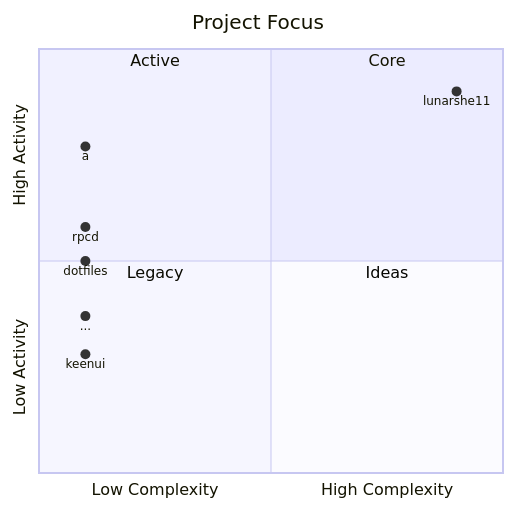
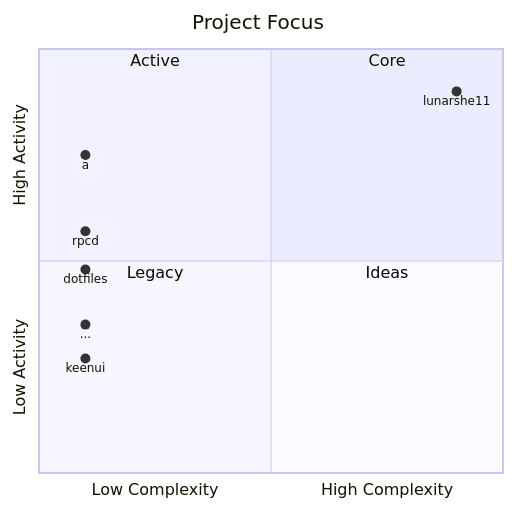
The first of 3 diagrams in README.md (lunarshe11/lunarshe11), drawn with Mermaid before and after one commit. The commit also changed other lines of this file, not shown here.

Commit message:
auto: update log activity 2026-11-04 10:05:08

````diff
--- a/README.md
+++ b/README.md
@@ -13,16 +13,16 @@
 ```mermaid
 quadrantChart
     title Project Focus
     x-axis Low Complexity --> High Complexity
     y-axis Low Activity --> High Activity
     quadrant-1 Core
     quadrant-2 Active
     quadrant-3 Legacy
     quadrant-4 Ideas
     lunarshe11: [0.9, 0.9]
-    a: [0.1, 0.77]
-    rpcd: [0.1, 0.58]
-    dotfiles: [0.1, 0.5]
-    ...: [0.1, 0.37]
-    keenui: [0.1, 0.28]
+    a: [0.1, 0.75]
+    rpcd: [0.1, 0.57]
+    dotfiles: [0.1, 0.48]
+    ...: [0.1, 0.35]
+    keenui: [0.1, 0.27]
 ```
````
